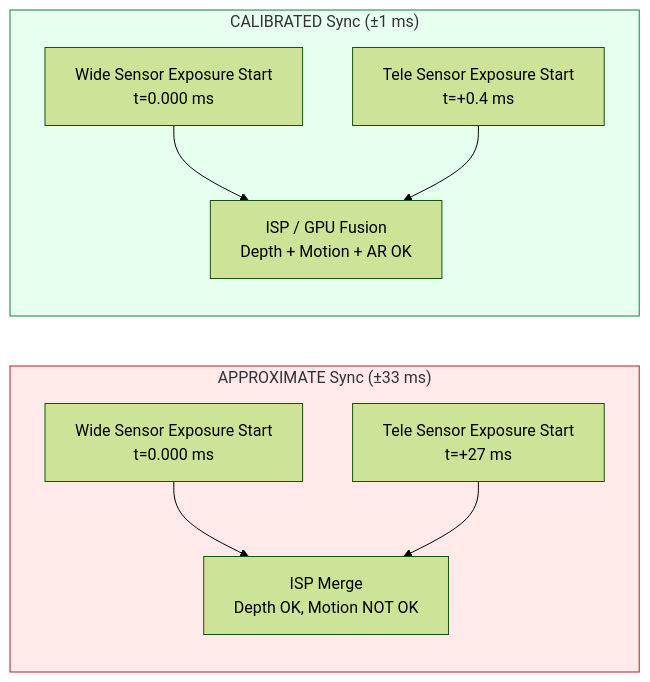
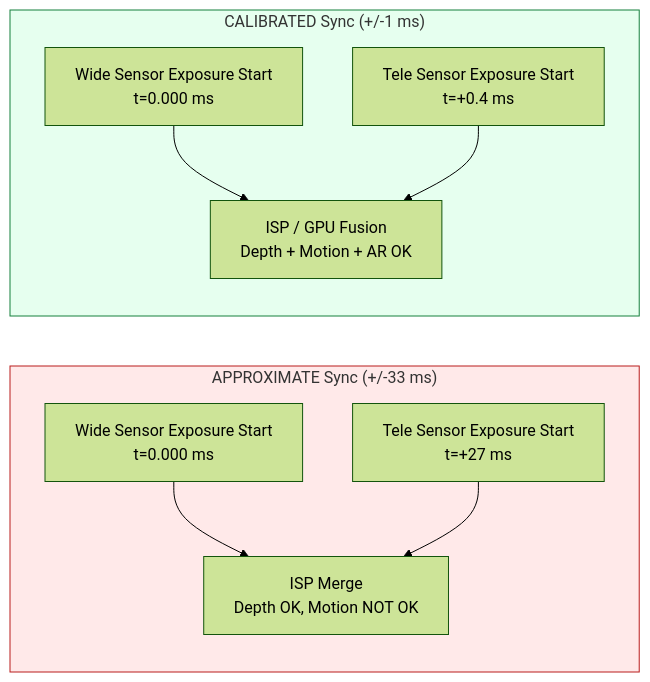
The second of 3 diagrams in website/docs/camera2/multi-camera.md (zoozooll/AndroidCameraParameters), drawn with Mermaid (forest theme) before and after one commit. The commit also changed other lines of this file and 77 other files, not shown here.

First line of the commit message:
docs: standardize Mermaid syntax and polish 3A pipeline translations

````diff
--- a/website/docs/camera2/multi-camera.md
+++ b/website/docs/camera2/multi-camera.md
@@ -69,14 +69,14 @@
 ```mermaid
 flowchart LR
-    subgraph APPROX["APPROXIMATE Sync (±33 ms)"]
+    subgraph APPROX["APPROXIMATE Sync (+/-33 ms)"]
         A1[Wide Sensor Exposure Start<br/>t=0.000 ms] --> A2[ISP Merge<br/>Depth OK, Motion NOT OK]
         A3[Tele Sensor Exposure Start<br/>t=+27 ms] --> A2
     end
-    subgraph CALIB["CALIBRATED Sync (±1 ms)"]
+    subgraph CALIB["CALIBRATED Sync (+/-1 ms)"]
         C1[Wide Sensor Exposure Start<br/>t=0.000 ms] --> C2[ISP / GPU Fusion<br/>Depth + Motion + AR OK]
         C3[Tele Sensor Exposure Start<br/>t=+0.4 ms] --> C2
     end
 
     style APPROX fill:#ffe9e9,stroke:#b91c1c
     style CALIB fill:#e6ffef,stroke:#15803d
 ```
````
